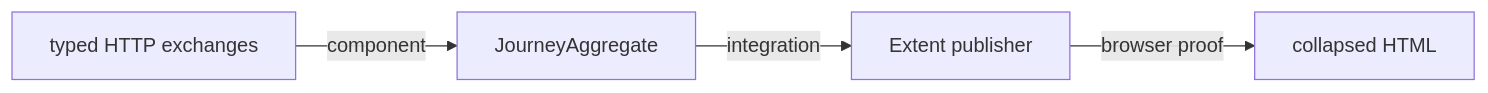
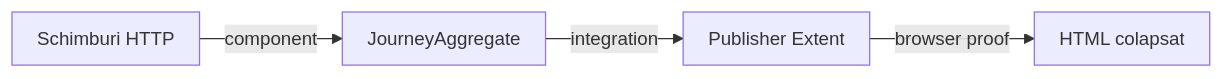
Before and after one commit to crististefanita/atf_j0: the third of 3 diagrams in atf-reporting-tests/README.md, drawn with Mermaid. The commit also changed other lines of this file and 97 other files, not shown here.

````diff
--- a/atf-reporting-tests/README.md
+++ b/atf-reporting-tests/README.md
@@ -553,6 +559,7 @@
 ```mermaid
+%%{init: {"themeVariables":{"fontSize":"15px"},"themeCSS":".nodeLabel, .nodeLabel p { font-size: 15px !important; line-height: 1.35 !important; } .edgeLabel, .edgeLabel p { font-size: 12px !important; font-weight: 400 !important; line-height: 1.2 !important; } .edgeLabel .labelBkg, .edgeLabel p { background: transparent !important; } .edgeLabel foreignObject { transform: translateY(-10px); overflow: visible; } .node rect { rx: 6px; ry: 6px; }","flowchart":{"curve":"linear","nodeSpacing":24,"rankSpacing":40,"padding":10}}}%%
 flowchart LR
-    Evidence["typed HTTP exchanges"] -->|component| Aggregate["JourneyAggregate"]
-    Aggregate -->|integration| Publisher["Extent publisher"]
-    Publisher -->|browser proof| Render["collapsed HTML"]
+    Evidence["Schimburi HTTP"] -->|component| Aggregate["JourneyAggregate"]
+    Aggregate -->|integration| Publisher["Publisher Extent"]
+    Publisher -->|browser proof| Render["HTML colapsat"]
 ```
````
